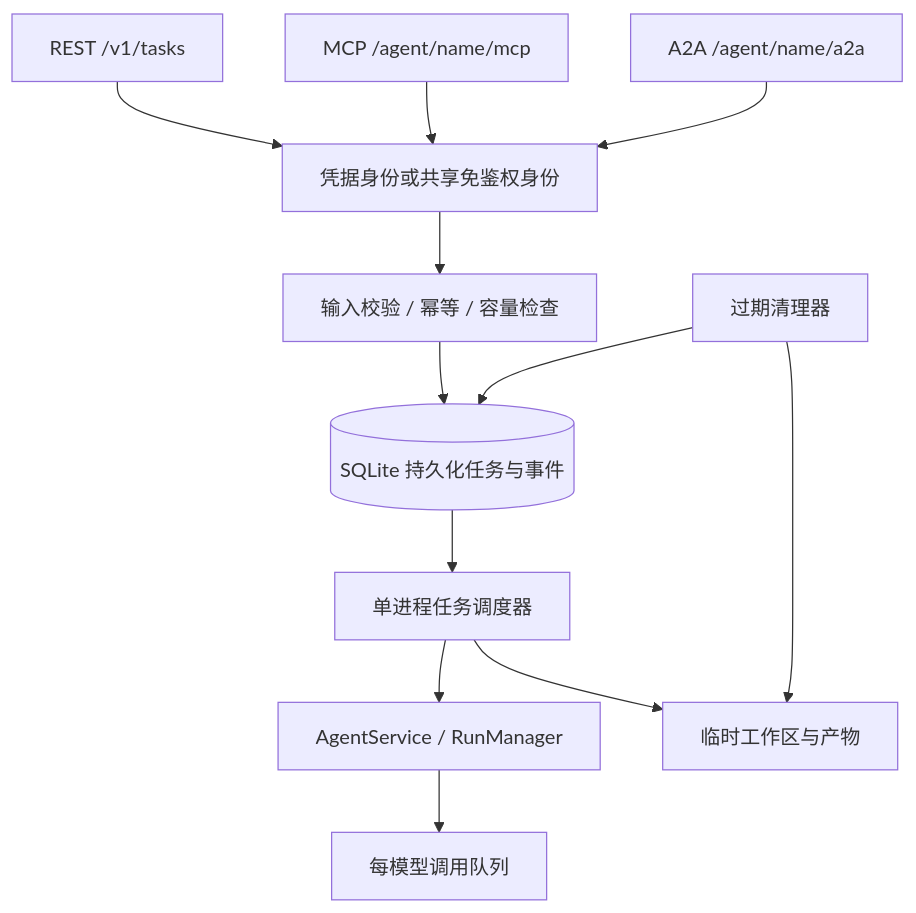
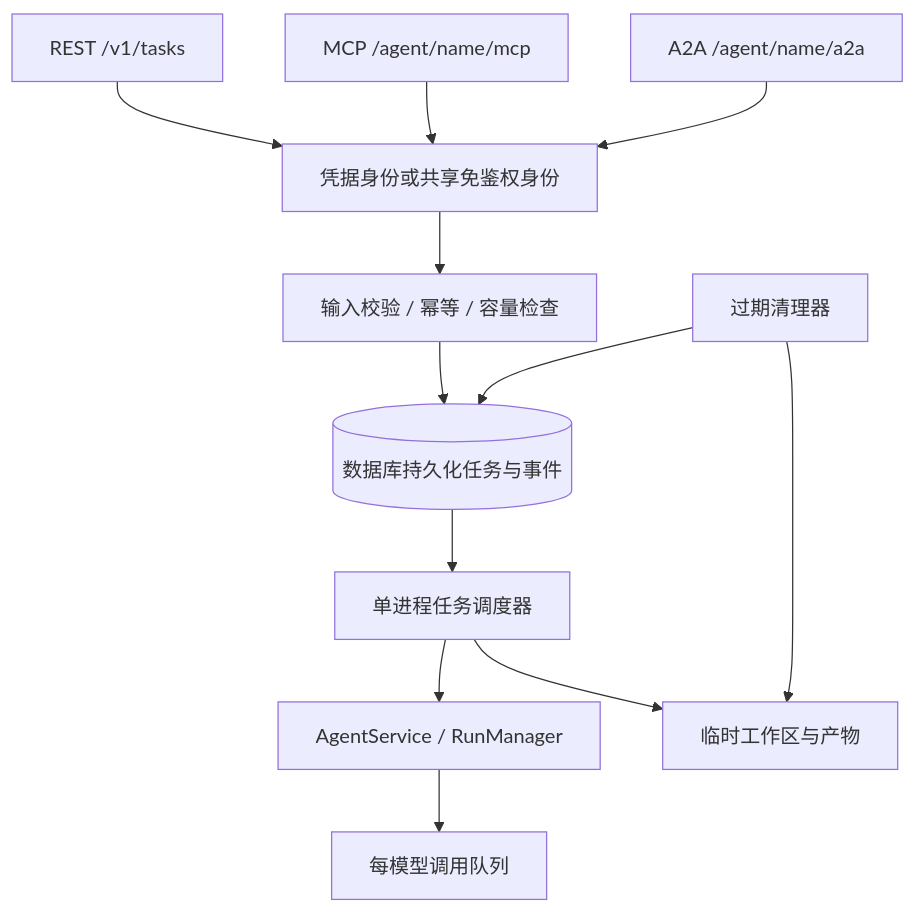
Before and after one commit to umeiko/UmEkO: the diagram in docs/architecture/api-service.md, drawn with Mermaid. The commit also changed other lines of this file and 36 other files, not shown here.

````diff
--- a/docs/architecture/api-service.md
+++ b/docs/architecture/api-service.md
@@ -5,14 +5,14 @@
 ```mermaid
 flowchart TB
     REST[REST /v1/tasks] --> Identity[凭据身份或共享免鉴权身份]
     MCP[MCP /agent/name/mcp] --> Identity
     A2A[A2A /agent/name/a2a] --> Identity
     Identity --> Admission[输入校验 / 幂等 / 容量检查]
-    Admission --> Tasks[(SQLite 持久化任务与事件)]
+    Admission --> Tasks[(数据库持久化任务与事件)]
     Tasks --> Worker[单进程任务调度器]
     Worker --> Agent[AgentService / RunManager]
     Agent --> Model[每模型调用队列]
     Worker --> Files[临时工作区与产物]
     GC[过期清理器] --> Tasks
     GC --> Files
 ```
````
